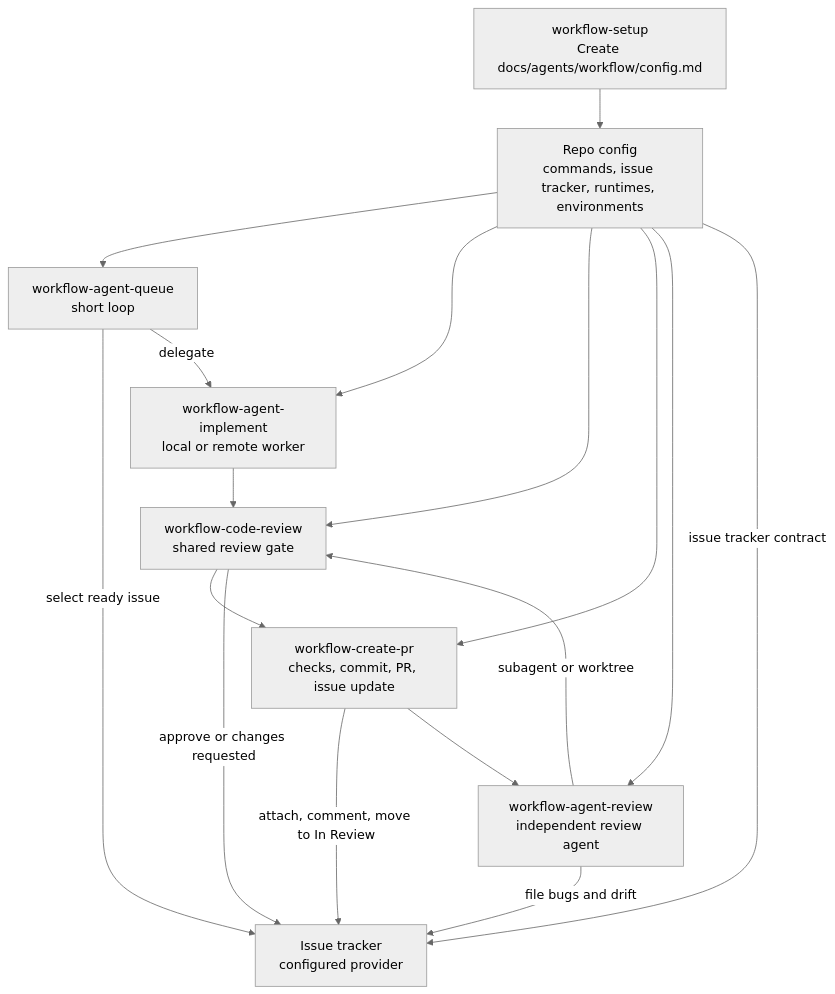
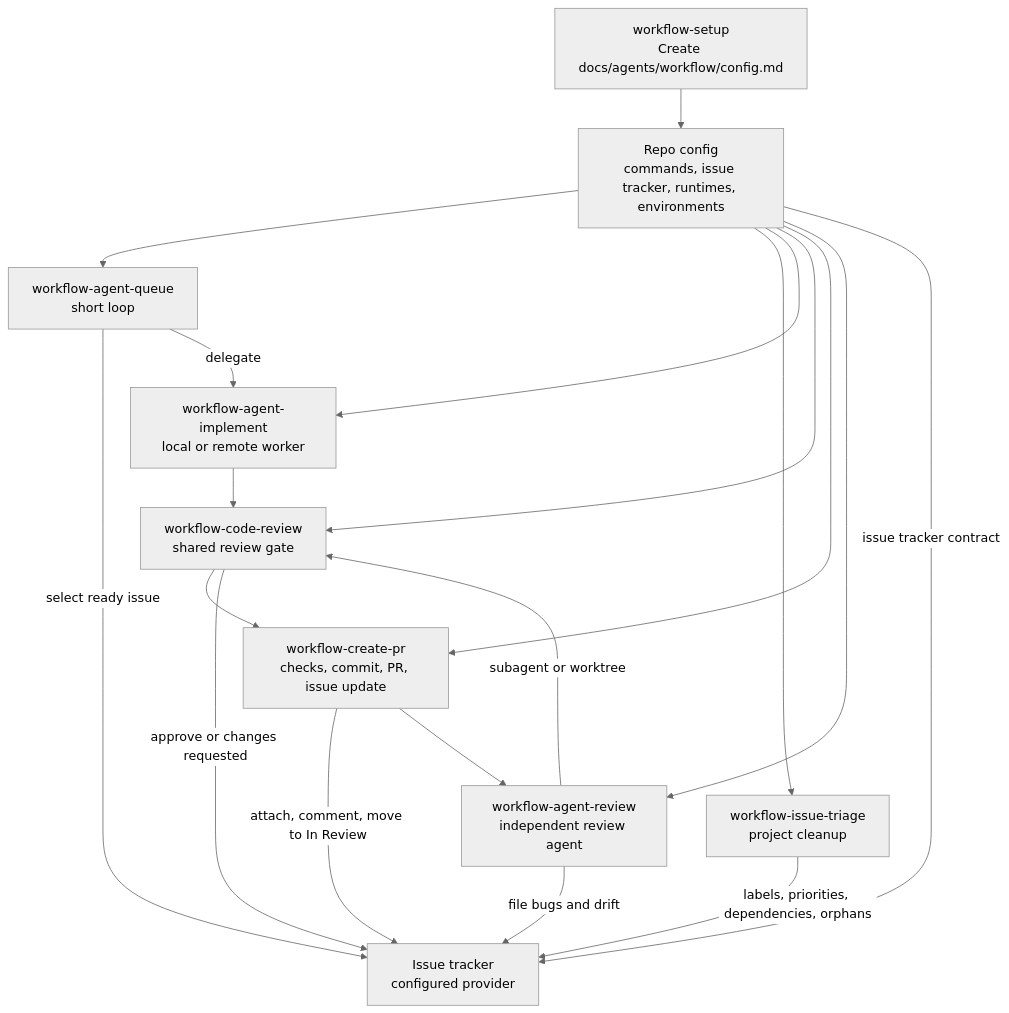
Before and after one commit to zaks-io/skills: the first of 2 diagrams in README.md, drawn with Mermaid (neutral theme). The commit also changed other lines of this file and 8 other files, not shown here.

Commit message:
feat: add issue tracker triage skill

````diff
--- a/README.md
+++ b/README.md
@@ -24,29 +24,32 @@
 ```mermaid
 flowchart TD
   Setup["workflow-setup\nCreate docs/agents/workflow/config.md"]
   Config["Repo config\ncommands, issue tracker, runtimes, environments"]
   Tracker["Issue tracker\nconfigured provider"]
+  IssueTriage["workflow-issue-triage\nproject cleanup"]
   Queue["workflow-agent-queue\nshort loop"]
   Worker["workflow-agent-implement\nlocal or remote worker"]
   CodeReview["workflow-code-review\nshared review gate"]
   CreatePR["workflow-create-pr\nchecks, commit, PR, issue update"]
   MainReview["workflow-agent-review\nindependent review agent"]
 
   Setup --> Config
   Config --> Queue
+  Config --> IssueTriage
   Config --> Worker
   Config --> CodeReview
   Config --> CreatePR
   Config --> MainReview
 
   Config -->|issue tracker contract| Tracker
+  IssueTriage -->|labels, priorities, dependencies, orphans| Tracker
   Queue -->|select ready issue| Tracker
   Queue -->|delegate| Worker
   Worker --> CodeReview
   CodeReview --> CreatePR
   CreatePR -->|attach, comment, move to In Review| Tracker
   CreatePR --> MainReview
   MainReview -->|subagent or worktree| CodeReview
   CodeReview -->|approve or changes requested| Tracker
   MainReview -->|file bugs and drift| Tracker
 ```
````
